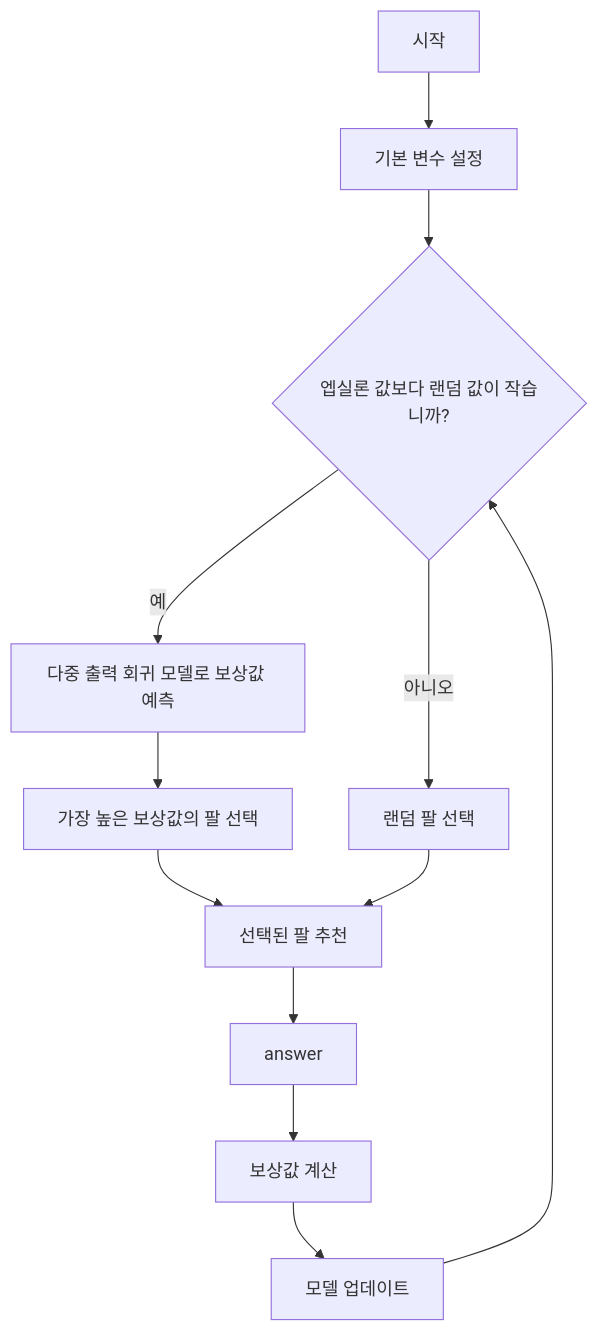
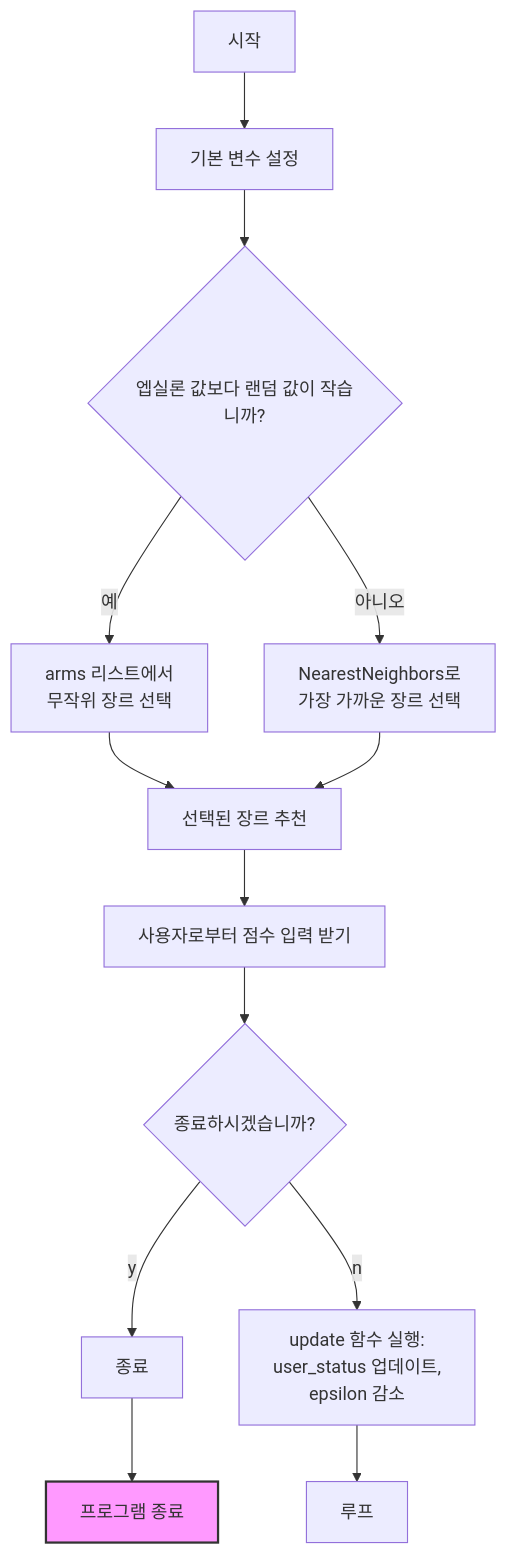
One commit to rrayy-25809/MAB_music_recommend changed the diagram in README.md. Above: the diagram before and after it, drawn with Mermaid. The commit also changed 3 other files, not shown here.

Commit message:
Changes to be committed: 플로우차트 다시 그리기, 도커 적용해보기 	new file:   Dockerfile 	modified:   README.md 	modified:   crawling.py 	modified:   requirements.txt

````diff
--- a/README.md
+++ b/README.md
@@ -17,10 +17,19 @@
 ```mermaid
 flowchart TD
     시작 --> reset[기본 변수 설정] --> epsilon{
         엡실론 값보다 랜덤 값이 작습니까?
     }
-    epsilon -->|예| MultiOutputRegressor[다중 출력 회귀 모델로 보상값 예측] --> get_highest[가장 높은 보상값의 팔 선택] --> recommend[선택된 팔 추천천]
-    epsilon -->|아니오| random[랜덤 팔 선택] --> recommend[선택된 팔 추천]
-    recommend --> answer --> caculate[보상값 계산] --> update[모델 업데이트] --> epsilon
+    epsilon -->|예| explore[arms 리스트에서<br>무작위 장르 선택] --> 추천[선택된 장르 추천]
+    epsilon -->|아니오| exploit[NearestNeighbors로<br>가장 가까운 장르 선택] --> 추천
+
+    추천 --> 점수입력[사용자로부터 점수 입력 받기]
+    점수입력 --> 종료확인{종료하시겠습니까?}
     
+    종료확인 -->|y| 종료
+    종료확인 -->|n| 업데이트[update 함수 실행:<br>user_status 업데이트,<br>epsilon 감소] --> 루프
+
+    종료 --> 끝[프로그램 종료]
+
+    style 끝 fill:#f9f,stroke:#333,stroke-width:2px
+
 ```
````
